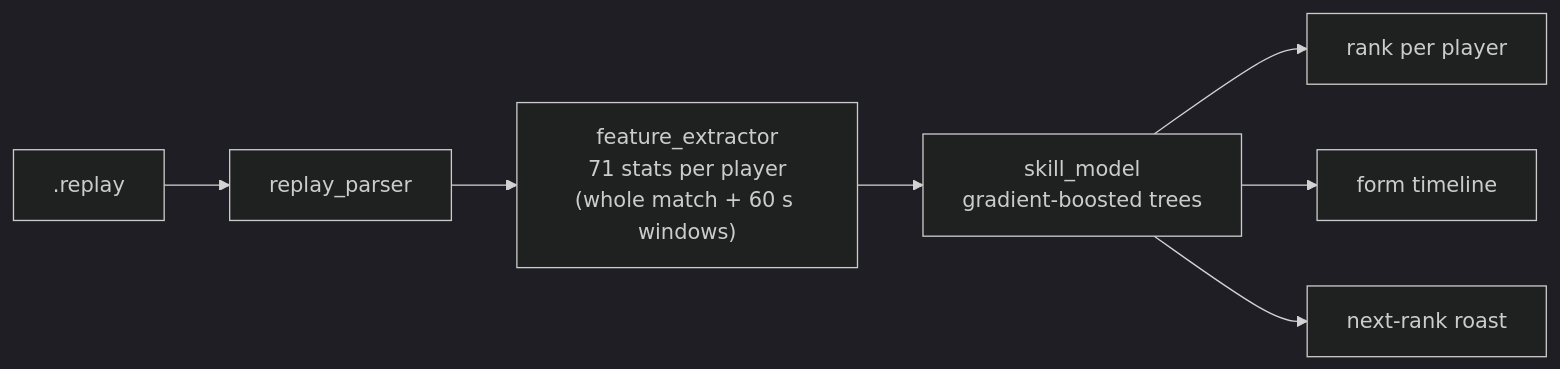
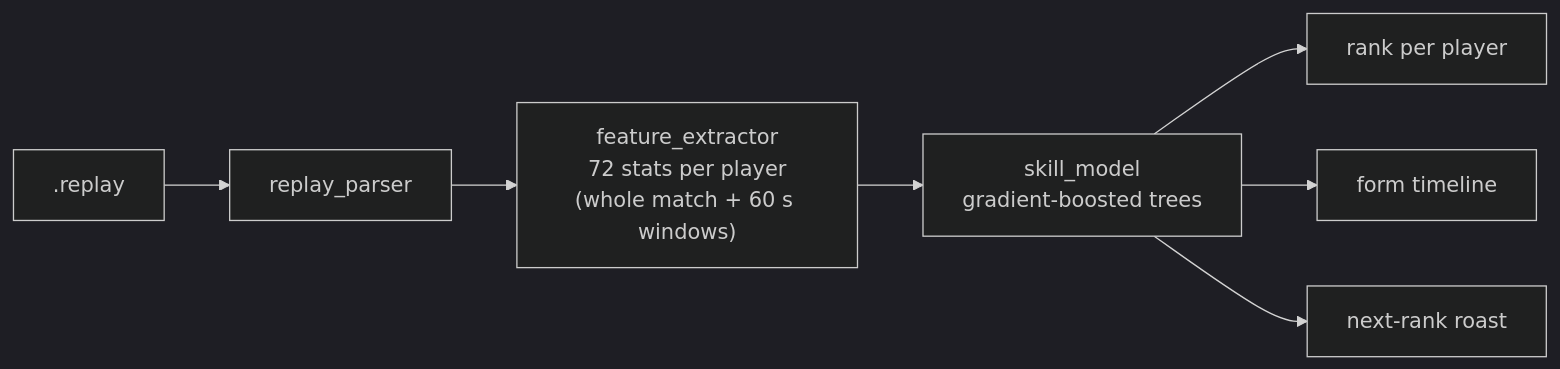
One commit to bispribbit/rocket_league_score changed the diagram in README.md. Above: the diagram before and after it, drawn with Mermaid (dark theme). The commit also changed other lines of this file and 35 other files, not shown here.

````diff
--- a/README.md
+++ b/README.md
@@ -14,9 +15,9 @@
 ```mermaid
 flowchart LR
   R[".replay"] --> P["replay_parser"]
-  P --> S["feature_extractor<br/>71 stats per player<br/>(whole match + 60 s windows)"]
+  P --> S["feature_extractor<br/>72 stats per player<br/>(whole match + 60 s windows)"]
   S --> M["skill_model<br/>gradient-boosted trees"]
   M --> C["rank per player"]
   M --> T["form timeline"]
   M --> Q["next-rank roast"]
 ```
````
